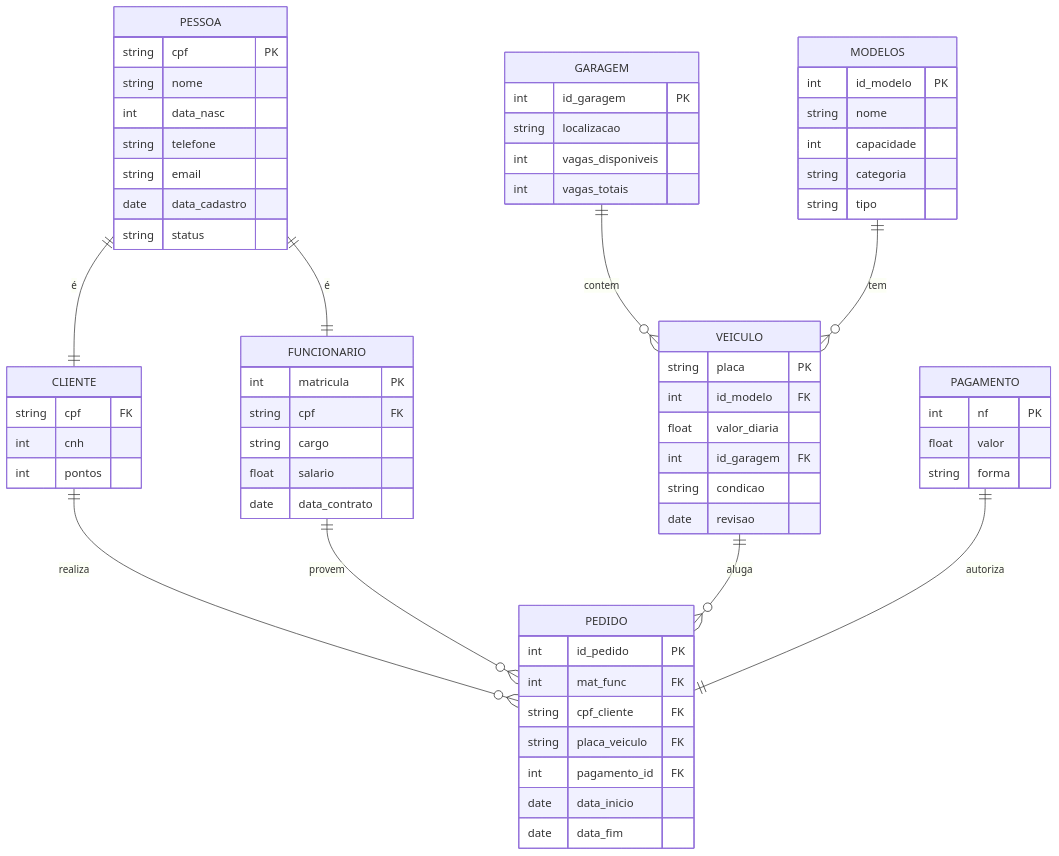
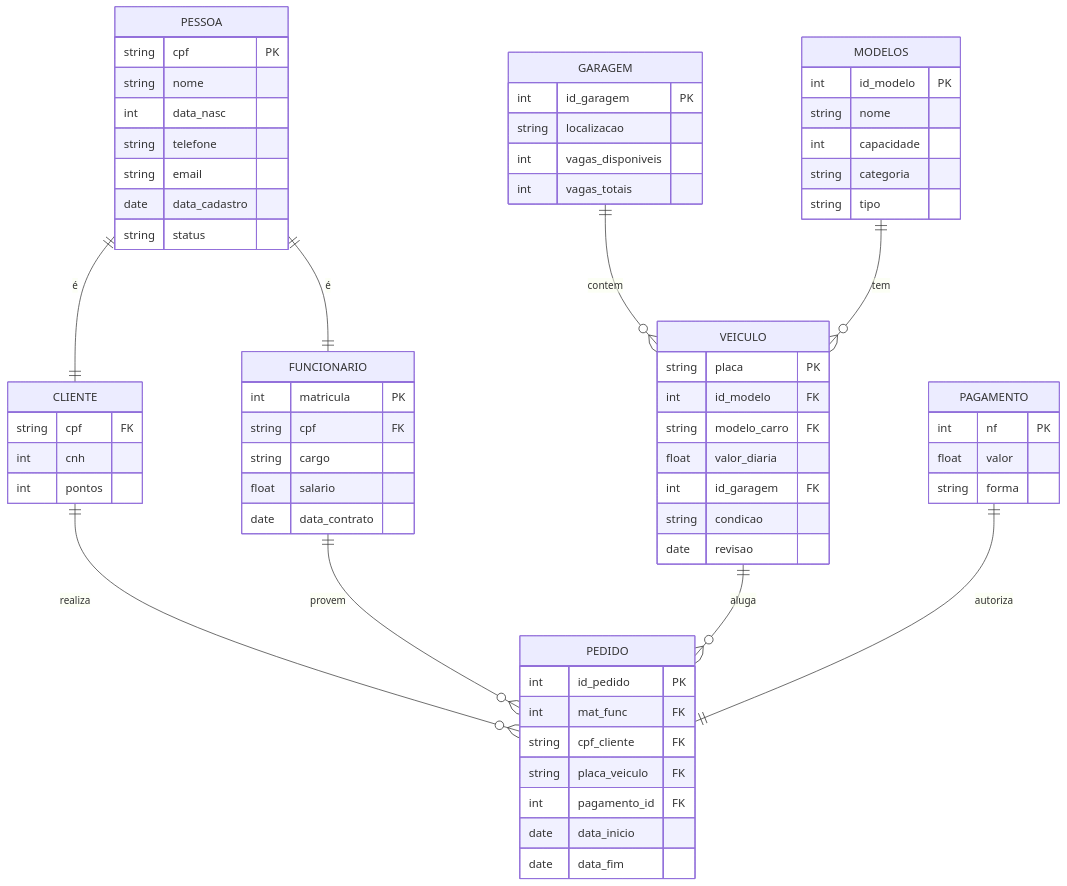
Before and after one commit to pedro-tsa/alucar: the diagram in README.md, drawn with Mermaid.

Commit message:
Add modelo_carro field to VEICULO structure

````diff
--- a/README.md
+++ b/README.md
@@ -3,79 +3,80 @@
 ```mermaid
     erDiagram
 
 PESSOA {
     string cpf PK
     string nome
     int data_nasc
     string telefone
     string email
     date data_cadastro
     string status
 }
 
 CLIENTE {
     string cpf FK
     int cnh
     int pontos
 }
 
 FUNCIONARIO {
     int matricula PK
     string cpf FK
     string cargo
     float salario
     date data_contrato
 }
 
 VEICULO {
     string placa PK
     int id_modelo FK
+    string modelo_carro FK
     float valor_diaria
     int id_garagem FK
     string condicao
     date revisao
 }
 
 MODELOS {
     int id_modelo PK
     string nome
     int capacidade
     string categoria
     string tipo
 }
 
 GARAGEM {
     int id_garagem PK
     string localizacao
     int vagas_disponiveis
     int vagas_totais
 }
 
 PAGAMENTO {
     int nf PK
     float valor
     string forma
 }
 
 PEDIDO {
     int id_pedido PK
     int mat_func FK
     string cpf_cliente FK
     string placa_veiculo FK
     int pagamento_id FK
     date data_inicio
     date data_fim
 }
 PESSOA ||--|| CLIENTE : "é"
 PESSOA ||--|| FUNCIONARIO : "é"
 
 GARAGEM ||--o{ VEICULO : contem
 MODELOS ||--o{ VEICULO : tem
 
 CLIENTE ||--o{ PEDIDO : realiza
 FUNCIONARIO ||--o{ PEDIDO : provem
 VEICULO ||--o{ PEDIDO : aluga
 
 PAGAMENTO ||--|| PEDIDO : autoriza
 
 ```
````
